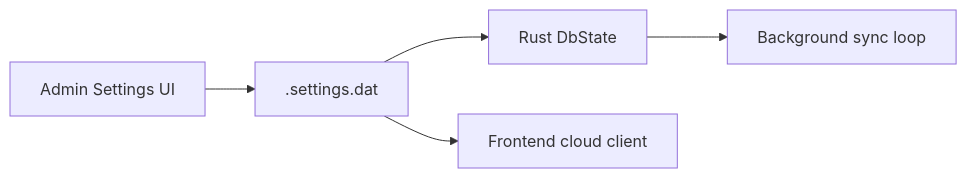
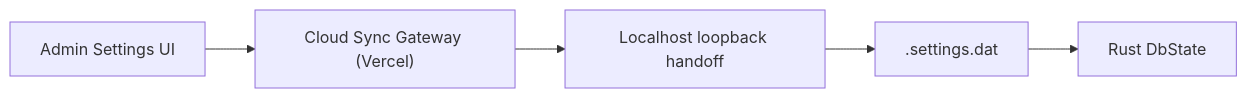
One commit to BootlegYouki/at-iba-pa-pos changed the first of 5 diagrams in docs/05-cloud-sync.md. Above: the diagram before and after it, drawn with Mermaid. The commit also changed other lines of this file and 10 other files, not shown here.

````diff
--- a/docs/05-cloud-sync.md
+++ b/docs/05-cloud-sync.md
@@ -15,7 +15,7 @@
 ```mermaid
 flowchart LR
-    Settings["Admin Settings UI"] --> Store[".settings.dat"]
+    Settings["Admin Settings UI"] --> Broker["Cloud Sync Gateway (Vercel)"]
+    Broker --> Loopback["Localhost loopback handoff"]
+    Loopback --> Store[".settings.dat"]
     Store --> Rust["Rust DbState"]
-    Store --> UI["Frontend cloud client"]
-    Rust --> Loop["Background sync loop"]
 ```
````
